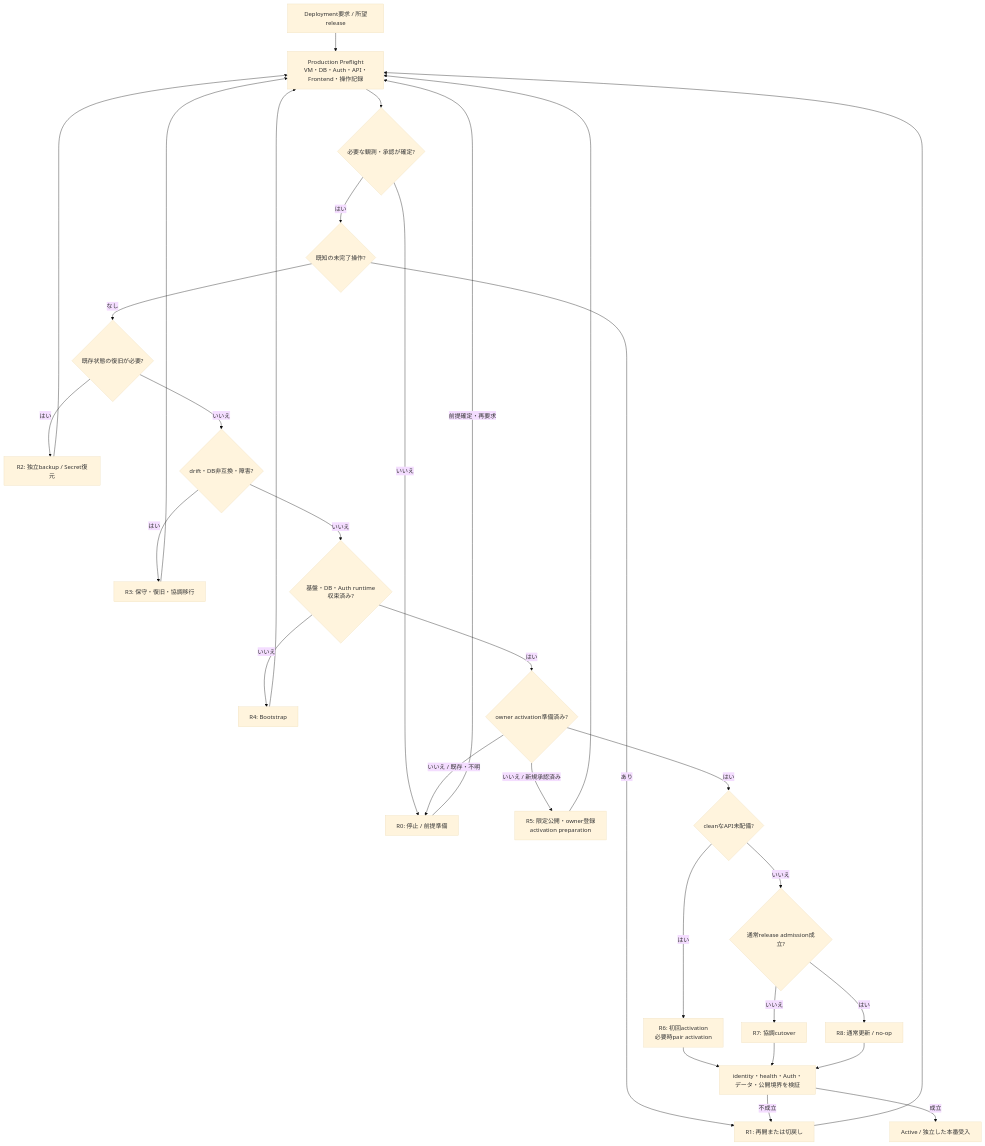
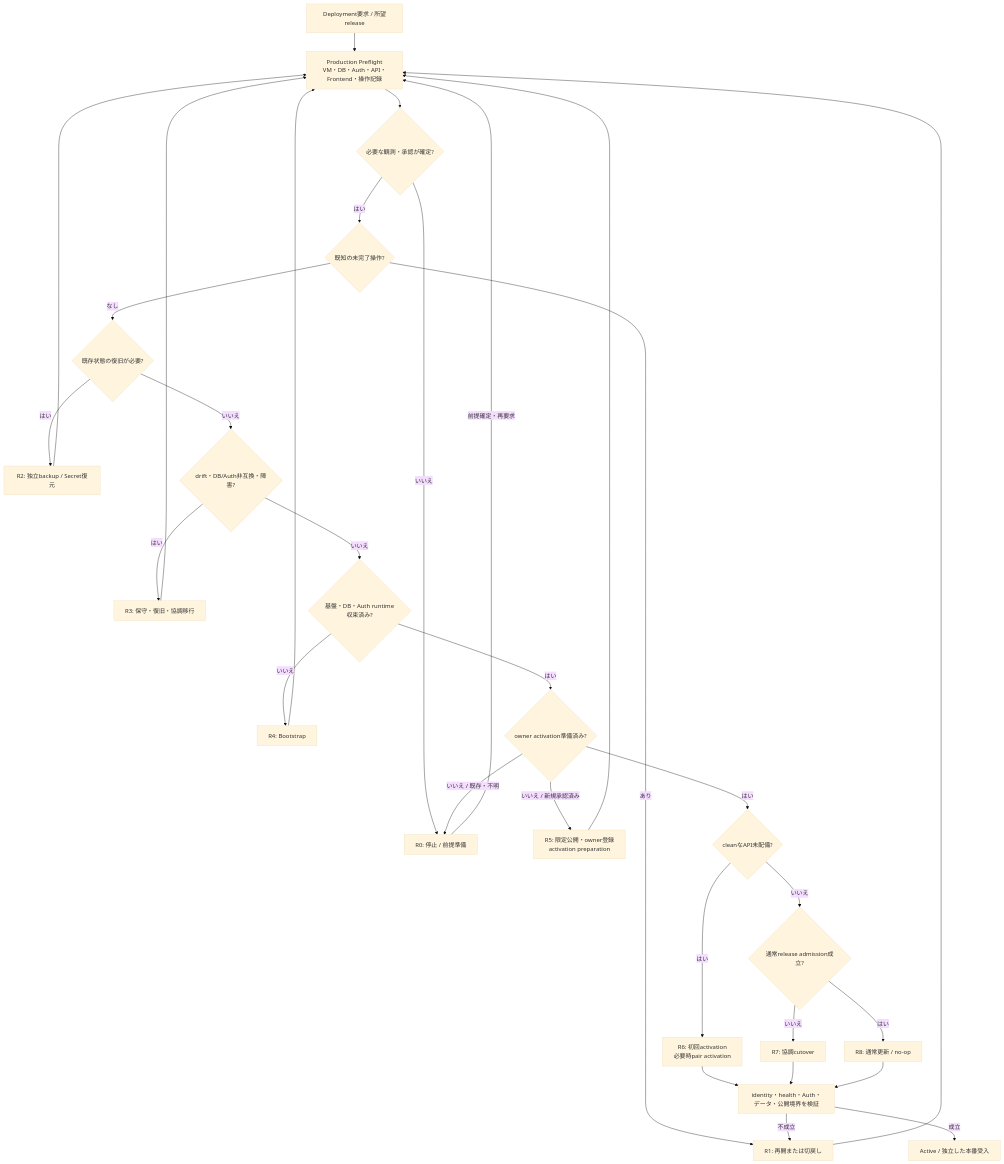
One commit to yohn-jp/codexia changed the first of 2 diagrams in docs/deployment/DEPLOYMENT-LIFECYCLE.md. Above: the diagram before and after it, drawn with Mermaid (base theme). The commit also changed other lines of this file and 1 other file, not shown here.

Commit message:
docs(deploy): align lifecycle diagram and preserve runbook anchor

````diff
--- a/docs/deployment/DEPLOYMENT-LIFECYCLE.md
+++ b/docs/deployment/DEPLOYMENT-LIFECYCLE.md
@@ -51,33 +51,33 @@
 ```mermaid
 flowchart TD
     REQ["Deployment要求 / 所望release"] --> OBS["Production Preflight<br/>VM・DB・Auth・API・Frontend・操作記録"]
     OBS --> KNOWN{"必要な観測・承認が確定?"}
     KNOWN -->|いいえ| STOP["R0: 停止 / 前提準備"]
     KNOWN -->|はい| PENDING{"既知の未完了操作?"}
     PENDING -->|あり| REC["R1: 再開または切戻し"]
     REC --> OBS
     PENDING -->|なし| LOST{"既存状態の復旧が必要?"}
     LOST -->|はい| RESTORE["R2: 独立backup / Secret復元"]
     RESTORE --> OBS
-    LOST -->|いいえ| DRIFT{"drift・DB非互換・障害?"}
+    LOST -->|いいえ| DRIFT{"drift・DB/Auth非互換・障害?"}
     DRIFT -->|はい| MAINT["R3: 保守・復旧・協調移行"]
     DRIFT -->|いいえ| BASE{"基盤・DB・Auth runtime収束済み?"}
     BASE -->|いいえ| BOOT["R4: Bootstrap"]
     BOOT --> OBS
     BASE -->|はい| OWNER{"owner activation準備済み?"}
     OWNER -->|いいえ / 新規承認済み| SETUP["R5: 限定公開・owner登録<br/>activation preparation"]
     SETUP --> OBS
     OWNER -->|いいえ / 既存・不明| STOP
     OWNER -->|はい| API{"cleanなAPI未配備?"}
     API -->|はい| ACT["R6: 初回activation<br/>必要時pair activation"]
     API -->|いいえ| COMPAT{"通常release admission成立?"}
     COMPAT -->|いいえ| CUT["R7: 協調cutover"]
     COMPAT -->|はい| UPDATE["R8: 通常更新 / no-op"]
     MAINT --> OBS
     ACT --> ACCEPT["identity・health・Auth・データ・公開境界を検証"]
     CUT --> ACCEPT
     UPDATE --> ACCEPT
     ACCEPT -->|不成立| REC
     ACCEPT -->|成立| ACTIVE["Active / 独立した本番受入"]
     STOP -->|前提確定・再要求| OBS
 ```
````
